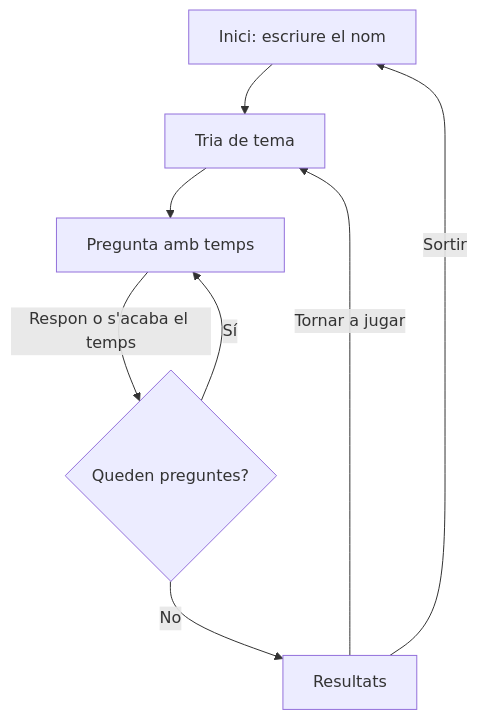
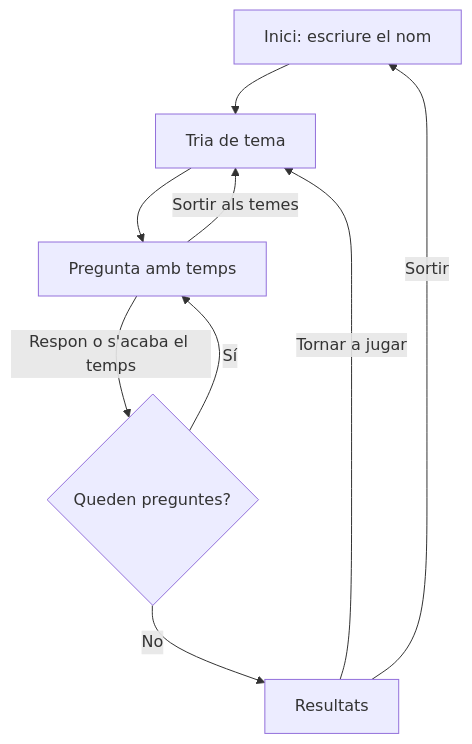
Before and after one commit to anthonymilla/joc-quiz: the diagram in README.md, drawn with Mermaid. The commit also changed other lines of this file, not shown here.

````diff
--- a/README.md
+++ b/README.md
@@ -48,10 +67,11 @@
 ```mermaid
 flowchart TD
     A[Inici: escriure el nom] --> B[Tria de tema]
     B --> C[Pregunta amb temps]
     C -->|Respon o s'acaba el temps| D{Queden preguntes?}
     D -->|Sí| C
     D -->|No| E[Resultats]
+    C -->|Sortir als temes| B
     E -->|Tornar a jugar| B
     E -->|Sortir| A
 ```
````
